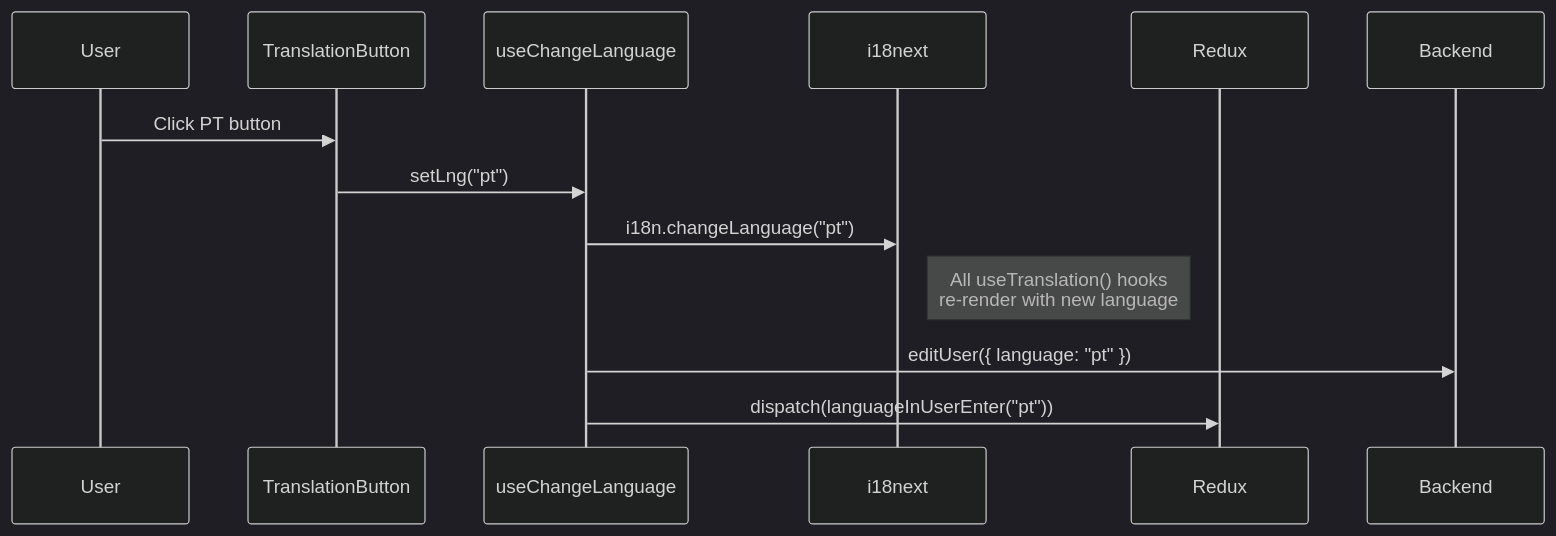
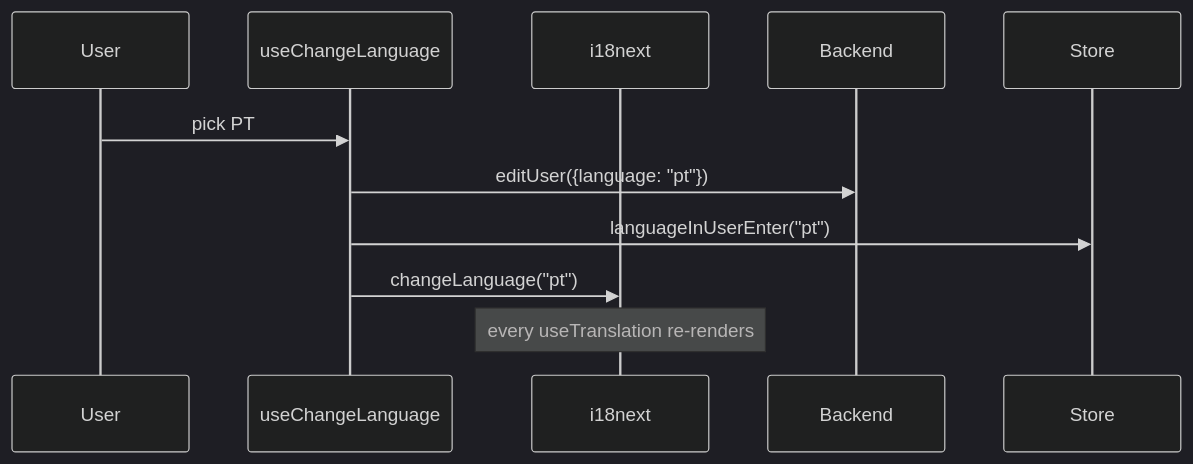
Before and after one commit to AndDev741/Beyou-arch-design: the first of 2 diagrams in architecture/language-theme/en.md, drawn with Mermaid (dark theme). The commit also changed other lines of this file and 7 other files, not shown here.

First line of the commit message:
docs(architecture): language-theme and ui-security match the shipped code

````diff
--- a/architecture/language-theme/en.md
+++ b/architecture/language-theme/en.md
@@ -51,16 +18,14 @@
 ```mermaid
 sequenceDiagram
   participant U as User
-  participant BTN as TranslationButton
-  participant HOOK as useChangeLanguage
-  participant I18N as i18next
-  participant RDX as Redux
+  participant H as useChangeLanguage
+  participant I as i18next
   participant BE as Backend
+  participant ST as Store
 
-  U->>BTN: Click PT button
-  BTN->>HOOK: setLng("pt")
-  HOOK->>I18N: i18n.changeLanguage("pt")
-  Note right of I18N: All useTranslation() hooks<br/>re-render with new language
-  HOOK->>BE: editUser({ language: "pt" })
-  HOOK->>RDX: dispatch(languageInUserEnter("pt"))
+  U->>H: pick PT
+  H->>BE: editUser({language: "pt"})
+  H->>ST: languageInUserEnter("pt")
+  H->>I: changeLanguage("pt")
+  Note over I: every useTranslation re-renders
 ```
````
